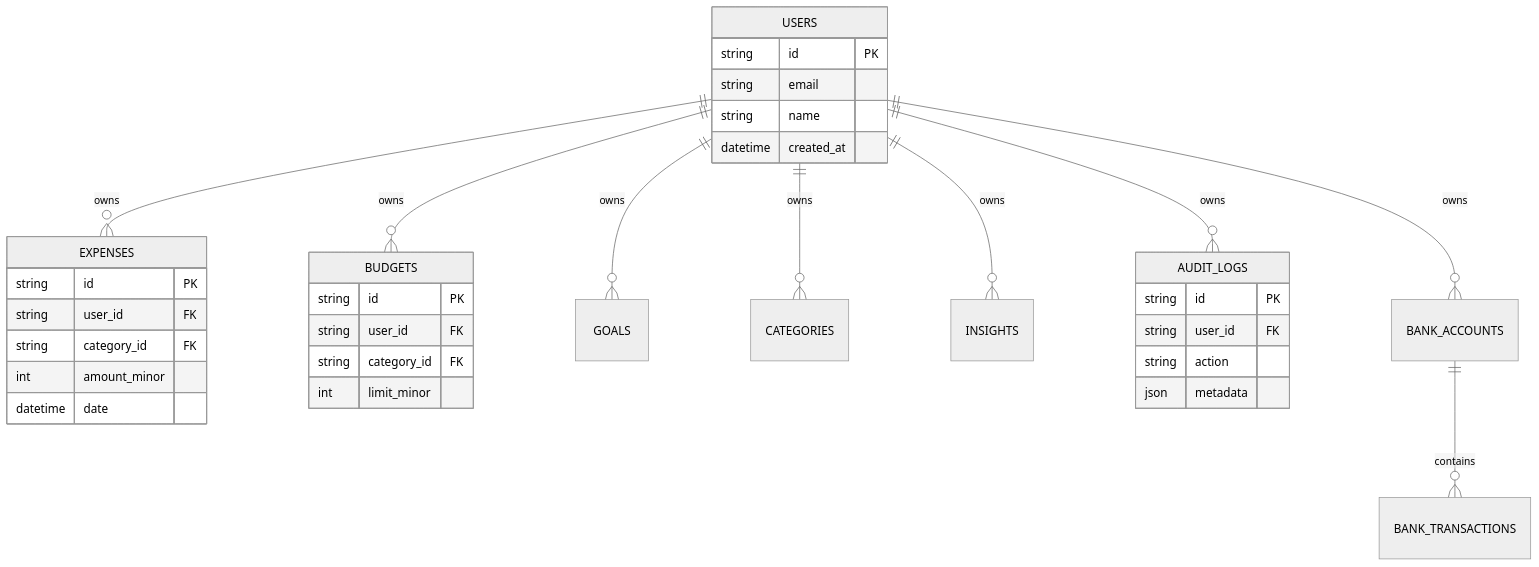
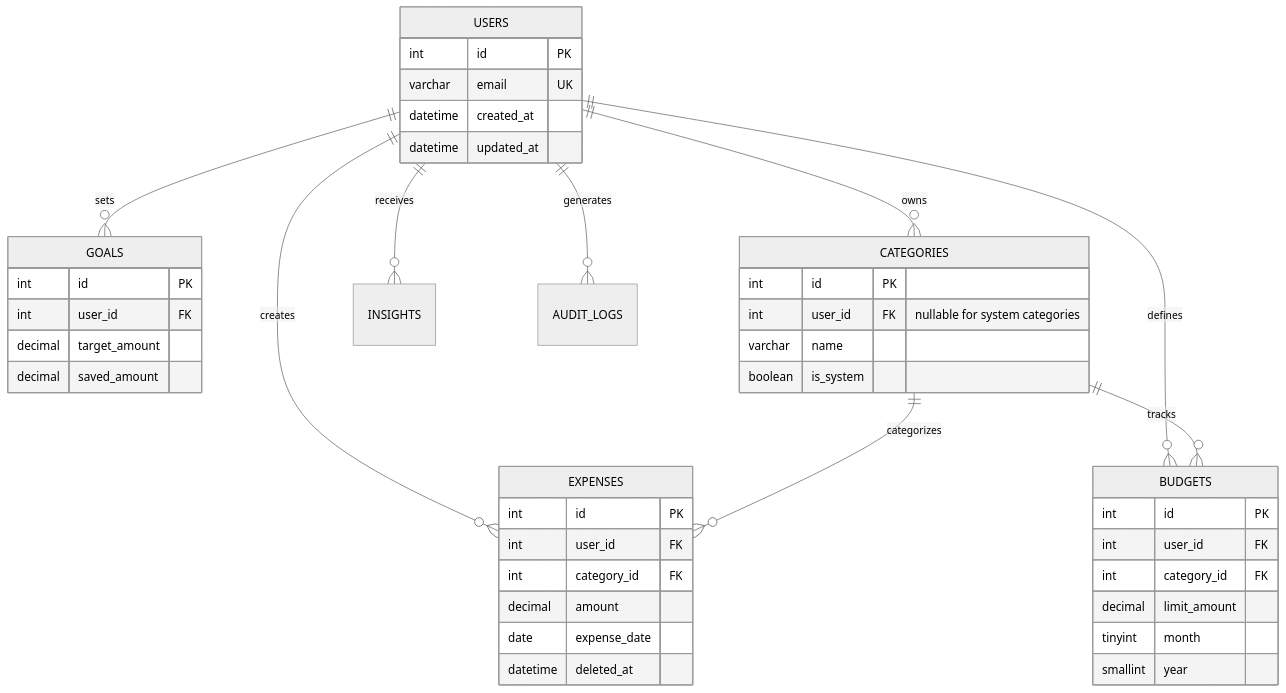
Before and after one commit to Karthik00769/SmartSpend: the eighth of 8 diagrams in README.md, drawn with Mermaid (neutral theme). The commit also changed other lines of this file, not shown here.

````diff
--- a/README.md
+++ b/README.md
@@ -196,40 +200,47 @@
 ```mermaid
 erDiagram
-    USERS ||--o{ EXPENSES : "owns"
-    USERS ||--o{ BUDGETS : "owns"
-    USERS ||--o{ GOALS : "owns"
-    USERS ||--o{ CATEGORIES : "owns"
-    USERS ||--o{ INSIGHTS : "owns"
-    USERS ||--o{ AUDIT_LOGS : "owns"
-    USERS ||--o{ BANK_ACCOUNTS : "owns"
-    BANK_ACCOUNTS ||--o{ BANK_TRANSACTIONS : "contains"
-    
+    USERS ||--o{ EXPENSES : creates
+    USERS ||--o{ BUDGETS : defines
+    USERS ||--o{ GOALS : sets
+    USERS ||--o{ CATEGORIES : owns
+    USERS ||--o{ INSIGHTS : receives
+    USERS ||--o{ AUDIT_LOGS : generates
+
+    CATEGORIES ||--o{ EXPENSES : categorizes
+    CATEGORIES ||--o{ BUDGETS : tracks
+
     USERS {
-        string id PK
-        string email
-        string name
+        int id PK
+        varchar email UK
         datetime created_at
+        datetime updated_at
     }
-    
+    CATEGORIES {
+        int id PK
+        int user_id FK "nullable for system categories"
+        varchar name
+        boolean is_system
+    }
     EXPENSES {
-        string id PK
-        string user_id FK
-        string category_id FK
-        int amount_minor
-        datetime date
+        int id PK
+        int user_id FK
+        int category_id FK
+        decimal amount
+        date expense_date
+        datetime deleted_at
     }
-    
     BUDGETS {
-        string id PK
-        string user_id FK
-        string category_id FK
-        int limit_minor
+        int id PK
+        int user_id FK
+        int category_id FK
+        decimal limit_amount
+        tinyint month
+        smallint year
     }
-    
-    AUDIT_LOGS {
-        string id PK
-        string user_id FK
-        string action
-        json metadata
+    GOALS {
+        int id PK
+        int user_id FK
+        decimal target_amount
+        decimal saved_amount
     }
 ```
````
